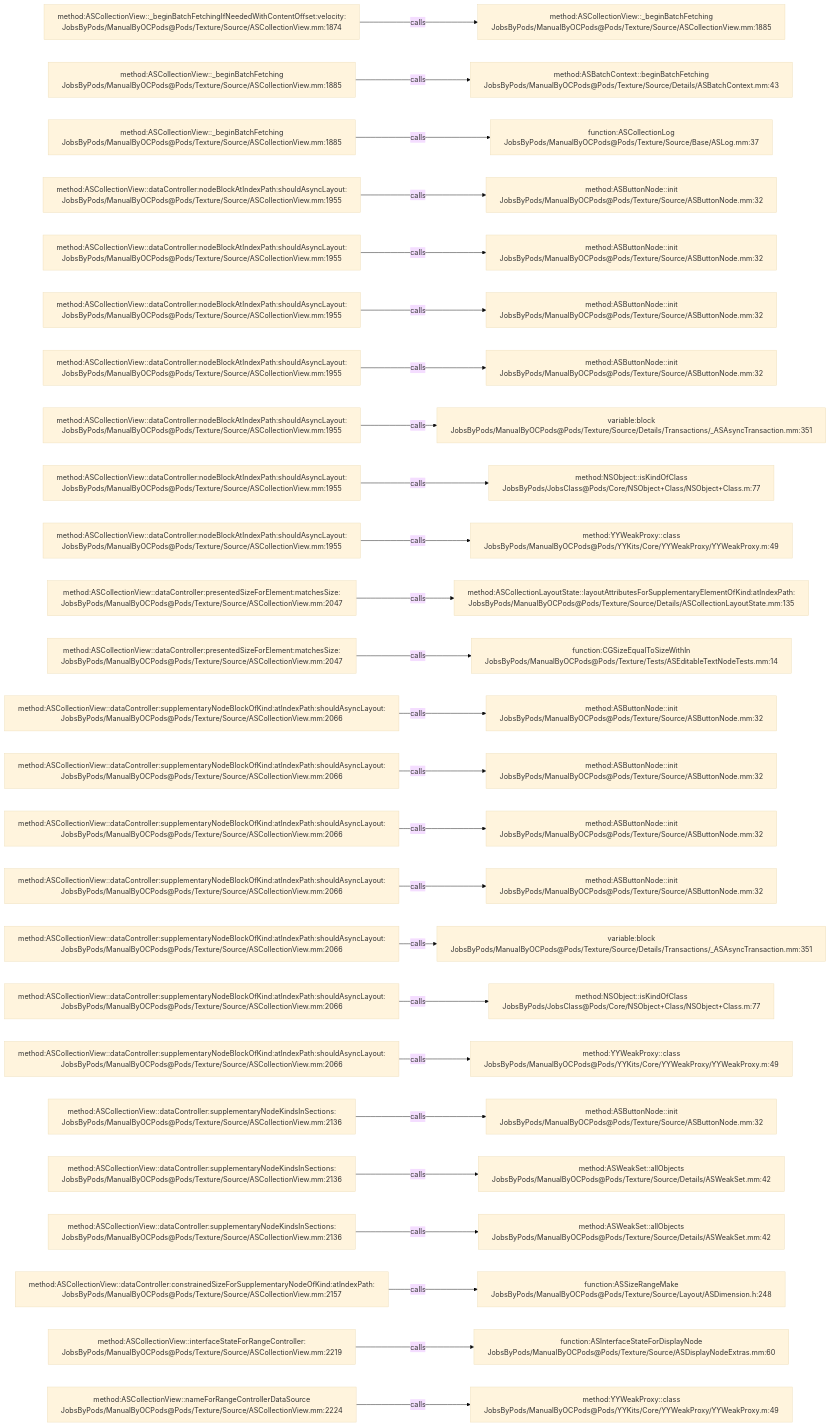
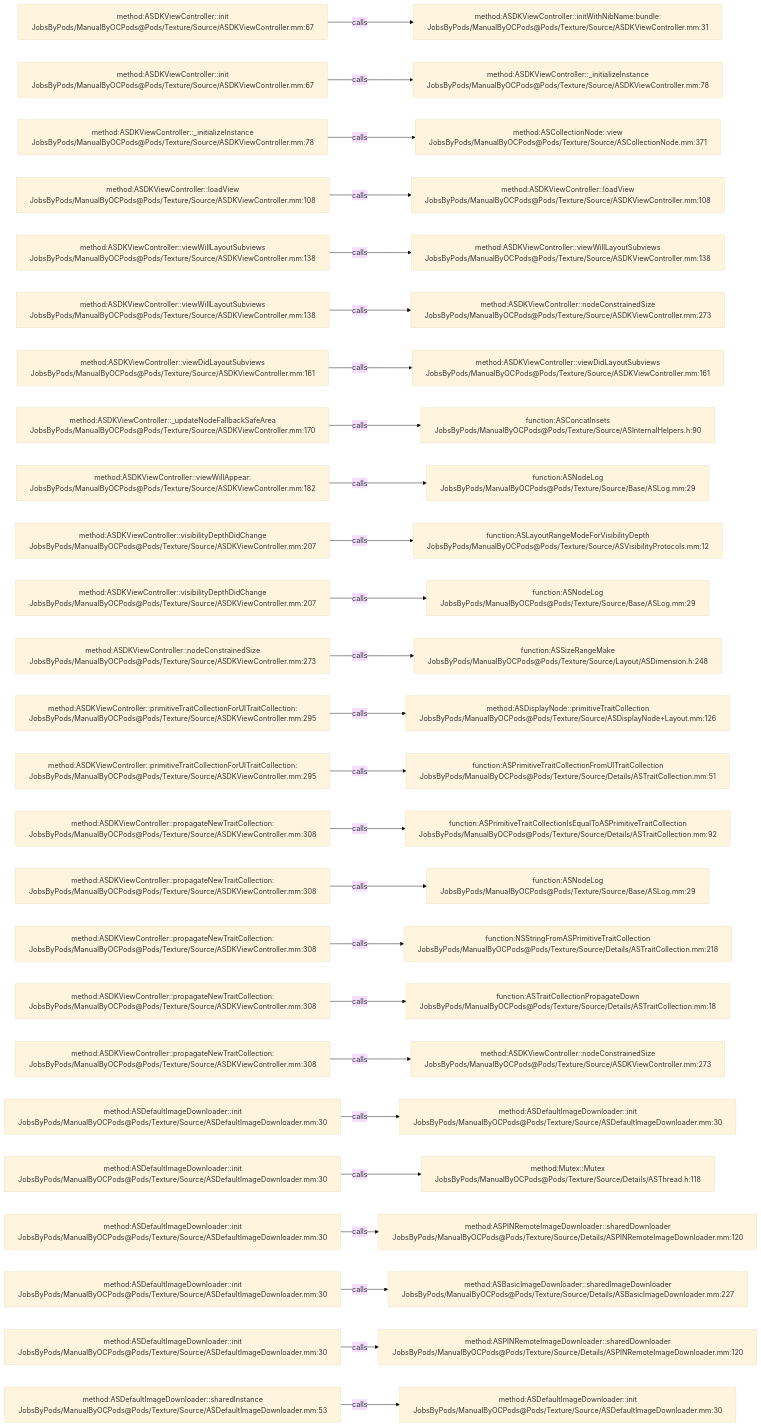
One commit to JobsKits/JobsOCBaseConfigDemo changed the diagram in .codegraph/codegraph.md/graphs/calls-081.md. Above: the diagram before and after it, drawn with Mermaid (base theme). The commit also changed 1448 other files, not shown here.

````diff
--- a/.codegraph/codegraph.md/graphs/calls-081.md
+++ b/.codegraph/codegraph.md/graphs/calls-081.md
@@ -13,78 +13,78 @@
 ```mermaid
 flowchart LR
-  S1["method:ASCollectionView::_beginBatchFetchingIfNeededWithContentOffset:velocity:<br/>JobsByPods/ManualByOCPods@Pods/Texture/Source/ASCollectionView.mm:1874"]
-  T1["method:ASCollectionView::_beginBatchFetching<br/>JobsByPods/ManualByOCPods@Pods/Texture/Source/ASCollectionView.mm:1885"]
+  S1["method:ASDKViewController::init<br/>JobsByPods/ManualByOCPods@Pods/Texture/Source/ASDKViewController.mm:67"]
+  T1["method:ASDKViewController::initWithNibName:bundle:<br/>JobsByPods/ManualByOCPods@Pods/Texture/Source/ASDKViewController.mm:31"]
   S1 -->|calls| T1
-  S2["method:ASCollectionView::_beginBatchFetching<br/>JobsByPods/ManualByOCPods@Pods/Texture/Source/ASCollectionView.mm:1885"]
-  T2["method:ASBatchContext::beginBatchFetching<br/>JobsByPods/ManualByOCPods@Pods/Texture/Source/Details/ASBatchContext.mm:43"]
+  S2["method:ASDKViewController::init<br/>JobsByPods/ManualByOCPods@Pods/Texture/Source/ASDKViewController.mm:67"]
+  T2["method:ASDKViewController::_initializeInstance<br/>JobsByPods/ManualByOCPods@Pods/Texture/Source/ASDKViewController.mm:78"]
   S2 -->|calls| T2
-  S3["method:ASCollectionView::_beginBatchFetching<br/>JobsByPods/ManualByOCPods@Pods/Texture/Source/ASCollectionView.mm:1885"]
-  T3["function:ASCollectionLog<br/>JobsByPods/ManualByOCPods@Pods/Texture/Source/Base/ASLog.mm:37"]
+  S3["method:ASDKViewController::_initializeInstance<br/>JobsByPods/ManualByOCPods@Pods/Texture/Source/ASDKViewController.mm:78"]
+  T3["method:ASCollectionNode::view<br/>JobsByPods/ManualByOCPods@Pods/Texture/Source/ASCollectionNode.mm:371"]
   S3 -->|calls| T3
-  S4["method:ASCollectionView::dataController:nodeBlockAtIndexPath:shouldAsyncLayout:<br/>JobsByPods/ManualByOCPods@Pods/Texture/Source/ASCollectionView.mm:1955"]
-  T4["method:ASButtonNode::init<br/>JobsByPods/ManualByOCPods@Pods/Texture/Source/ASButtonNode.mm:32"]
+  S4["method:ASDKViewController::loadView<br/>JobsByPods/ManualByOCPods@Pods/Texture/Source/ASDKViewController.mm:108"]
+  T4["method:ASDKViewController::loadView<br/>JobsByPods/ManualByOCPods@Pods/Texture/Source/ASDKViewController.mm:108"]
   S4 -->|calls| T4
-  S5["method:ASCollectionView::dataController:nodeBlockAtIndexPath:shouldAsyncLayout:<br/>JobsByPods/ManualByOCPods@Pods/Texture/Source/ASCollectionView.mm:1955"]
-  T5["method:ASButtonNode::init<br/>JobsByPods/ManualByOCPods@Pods/Texture/Source/ASButtonNode.mm:32"]
+  S5["method:ASDKViewController::viewWillLayoutSubviews<br/>JobsByPods/ManualByOCPods@Pods/Texture/Source/ASDKViewController.mm:138"]
+  T5["method:ASDKViewController::viewWillLayoutSubviews<br/>JobsByPods/ManualByOCPods@Pods/Texture/Source/ASDKViewController.mm:138"]
   S5 -->|calls| T5
-  S6["method:ASCollectionView::dataController:nodeBlockAtIndexPath:shouldAsyncLayout:<br/>JobsByPods/ManualByOCPods@Pods/Texture/Source/ASCollectionView.mm:1955"]
-  T6["method:ASButtonNode::init<br/>JobsByPods/ManualByOCPods@Pods/Texture/Source/ASButtonNode.mm:32"]
+  S6["method:ASDKViewController::viewWillLayoutSubviews<br/>JobsByPods/ManualByOCPods@Pods/Texture/Source/ASDKViewController.mm:138"]
+  T6["method:ASDKViewController::nodeConstrainedSize<br/>JobsByPods/ManualByOCPods@Pods/Texture/Source/ASDKViewController.mm:273"]
   S6 -->|calls| T6
-  S7["method:ASCollectionView::dataController:nodeBlockAtIndexPath:shouldAsyncLayout:<br/>JobsByPods/ManualByOCPods@Pods/Texture/Source/ASCollectionView.mm:1955"]
-  T7["method:ASButtonNode::init<br/>JobsByPods/ManualByOCPods@Pods/Texture/Source/ASButtonNode.mm:32"]
+  S7["method:ASDKViewController::viewDidLayoutSubviews<br/>JobsByPods/ManualByOCPods@Pods/Texture/Source/ASDKViewController.mm:161"]
+  T7["method:ASDKViewController::viewDidLayoutSubviews<br/>JobsByPods/ManualByOCPods@Pods/Texture/Source/ASDKViewController.mm:161"]
   S7 -->|calls| T7
-  S8["method:ASCollectionView::dataController:nodeBlockAtIndexPath:shouldAsyncLayout:<br/>JobsByPods/ManualByOCPods@Pods/Texture/Source/ASCollectionView.mm:1955"]
-  T8["variable:block<br/>JobsByPods/ManualByOCPods@Pods/Texture/Source/Details/Transactions/_ASAsyncTransaction.mm:351"]
+  S8["method:ASDKViewController::_updateNodeFallbackSafeArea<br/>JobsByPods/ManualByOCPods@Pods/Texture/Source/ASDKViewController.mm:170"]
+  T8["function:ASConcatInsets<br/>JobsByPods/ManualByOCPods@Pods/Texture/Source/ASInternalHelpers.h:90"]
   S8 -->|calls| T8
-  S9["method:ASCollectionView::dataController:nodeBlockAtIndexPath:shouldAsyncLayout:<br/>JobsByPods/ManualByOCPods@Pods/Texture/Source/ASCollectionView.mm:1955"]
-  T9["method:NSObject::isKindOfClass<br/>JobsByPods/JobsClass@Pods/Core/NSObject+Class/NSObject+Class.m:77"]
+  S9["method:ASDKViewController::viewWillAppear:<br/>JobsByPods/ManualByOCPods@Pods/Texture/Source/ASDKViewController.mm:182"]
+  T9["function:ASNodeLog<br/>JobsByPods/ManualByOCPods@Pods/Texture/Source/Base/ASLog.mm:29"]
   S9 -->|calls| T9
-  S10["method:ASCollectionView::dataController:nodeBlockAtIndexPath:shouldAsyncLayout:<br/>JobsByPods/ManualByOCPods@Pods/Texture/Source/ASCollectionView.mm:1955"]
-  T10["method:YYWeakProxy::class<br/>JobsByPods/ManualByOCPods@Pods/YYKits/Core/YYWeakProxy/YYWeakProxy.m:49"]
+  S10["method:ASDKViewController::visibilityDepthDidChange<br/>JobsByPods/ManualByOCPods@Pods/Texture/Source/ASDKViewController.mm:207"]
+  T10["function:ASLayoutRangeModeForVisibilityDepth<br/>JobsByPods/ManualByOCPods@Pods/Texture/Source/ASVisibilityProtocols.mm:12"]
   S10 -->|calls| T10
-  S11["method:ASCollectionView::dataController:presentedSizeForElement:matchesSize:<br/>JobsByPods/ManualByOCPods@Pods/Texture/Source/ASCollectionView.mm:2047"]
-  T11["method:ASCollectionLayoutState::layoutAttributesForSupplementaryElementOfKind:atIndexPath:<br/>JobsByPods/ManualByOCPods@Pods/Texture/Source/Details/ASCollectionLayoutState.mm:135"]
+  S11["method:ASDKViewController::visibilityDepthDidChange<br/>JobsByPods/ManualByOCPods@Pods/Texture/Source/ASDKViewController.mm:207"]
+  T11["function:ASNodeLog<br/>JobsByPods/ManualByOCPods@Pods/Texture/Source/Base/ASLog.mm:29"]
   S11 -->|calls| T11
-  S12["method:ASCollectionView::dataController:presentedSizeForElement:matchesSize:<br/>JobsByPods/ManualByOCPods@Pods/Texture/Source/ASCollectionView.mm:2047"]
-  T12["function:CGSizeEqualToSizeWithIn<br/>JobsByPods/ManualByOCPods@Pods/Texture/Tests/ASEditableTextNodeTests.mm:14"]
+  S12["method:ASDKViewController::nodeConstrainedSize<br/>JobsByPods/ManualByOCPods@Pods/Texture/Source/ASDKViewController.mm:273"]
+  T12["function:ASSizeRangeMake<br/>JobsByPods/ManualByOCPods@Pods/Texture/Source/Layout/ASDimension.h:248"]
   S12 -->|calls| T12
-  S13["method:ASCollectionView::dataController:supplementaryNodeBlockOfKind:atIndexPath:shouldAsyncLayout:<br/>JobsByPods/ManualByOCPods@Pods/Texture/Source/ASCollectionView.mm:2066"]
-  T13["method:ASButtonNode::init<br/>JobsByPods/ManualByOCPods@Pods/Texture/Source/ASButtonNode.mm:32"]
+  S13["method:ASDKViewController::primitiveTraitCollectionForUITraitCollection:<br/>JobsByPods/ManualByOCPods@Pods/Texture/Source/ASDKViewController.mm:295"]
+  T13["method:ASDisplayNode::primitiveTraitCollection<br/>JobsByPods/ManualByOCPods@Pods/Texture/Source/ASDisplayNode+Layout.mm:126"]
   S13 -->|calls| T13
-  S14["method:ASCollectionView::dataController:supplementaryNodeBlockOfKind:atIndexPath:shouldAsyncLayout:<br/>JobsByPods/ManualByOCPods@Pods/Texture/Source/ASCollectionView.mm:2066"]
-  T14["method:ASButtonNode::init<br/>JobsByPods/ManualByOCPods@Pods/Texture/Source/ASButtonNode.mm:32"]
+  S14["method:ASDKViewController::primitiveTraitCollectionForUITraitCollection:<br/>JobsByPods/ManualByOCPods@Pods/Texture/Source/ASDKViewController.mm:295"]
+  T14["function:ASPrimitiveTraitCollectionFromUITraitCollection<br/>JobsByPods/ManualByOCPods@Pods/Texture/Source/Details/ASTraitCollection.mm:51"]
   S14 -->|calls| T14
-  S15["method:ASCollectionView::dataController:supplementaryNodeBlockOfKind:atIndexPath:shouldAsyncLayout:<br/>JobsByPods/ManualByOCPods@Pods/Texture/Source/ASCollectionView.mm:2066"]
-  T15["method:ASButtonNode::init<br/>JobsByPods/ManualByOCPods@Pods/Texture/Source/ASButtonNode.mm:32"]
+  S15["method:ASDKViewController::propagateNewTraitCollection:<br/>JobsByPods/ManualByOCPods@Pods/Texture/Source/ASDKViewController.mm:308"]
+  T15["function:ASPrimitiveTraitCollectionIsEqualToASPrimitiveTraitCollection<br/>JobsByPods/ManualByOCPods@Pods/Texture/Source/Details/ASTraitCollection.mm:92"]
   S15 -->|calls| T15
-  S16["method:ASCollectionView::dataController:supplementaryNodeBlockOfKind:atIndexPath:shouldAsyncLayout:<br/>JobsByPods/ManualByOCPods@Pods/Texture/Source/ASCollectionView.mm:2066"]
-  T16["method:ASButtonNode::init<br/>JobsByPods/ManualByOCPods@Pods/Texture/Source/ASButtonNode.mm:32"]
+  S16["method:ASDKViewController::propagateNewTraitCollection:<br/>JobsByPods/ManualByOCPods@Pods/Texture/Source/ASDKViewController.mm:308"]
+  T16["function:ASNodeLog<br/>JobsByPods/ManualByOCPods@Pods/Texture/Source/Base/ASLog.mm:29"]
   S16 -->|calls| T16
-  S17["method:ASCollectionView::dataController:supplementaryNodeBlockOfKind:atIndexPath:shouldAsyncLayout:<br/>JobsByPods/ManualByOCPods@Pods/Texture/Source/ASCollectionView.mm:2066"]
-  T17["variable:block<br/>JobsByPods/ManualByOCPods@Pods/Texture/Source/Details/Transactions/_ASAsyncTransaction.mm:351"]
+  S17["method:ASDKViewController::propagateNewTraitCollection:<br/>JobsByPods/ManualByOCPods@Pods/Texture/Source/ASDKViewController.mm:308"]
+  T17["function:NSStringFromASPrimitiveTraitCollection<br/>JobsByPods/ManualByOCPods@Pods/Texture/Source/Details/ASTraitCollection.mm:218"]
   S17 -->|calls| T17
-  S18["method:ASCollectionView::dataController:supplementaryNodeBlockOfKind:atIndexPath:shouldAsyncLayout:<br/>JobsByPods/ManualByOCPods@Pods/Texture/Source/ASCollectionView.mm:2066"]
-  T18["method:NSObject::isKindOfClass<br/>JobsByPods/JobsClass@Pods/Core/NSObject+Class/NSObject+Class.m:77"]
+  S18["method:ASDKViewController::propagateNewTraitCollection:<br/>JobsByPods/ManualByOCPods@Pods/Texture/Source/ASDKViewController.mm:308"]
+  T18["function:ASTraitCollectionPropagateDown<br/>JobsByPods/ManualByOCPods@Pods/Texture/Source/Details/ASTraitCollection.mm:18"]
   S18 -->|calls| T18
-  S19["method:ASCollectionView::dataController:supplementaryNodeBlockOfKind:atIndexPath:shouldAsyncLayout:<br/>JobsByPods/ManualByOCPods@Pods/Texture/Source/ASCollectionView.mm:2066"]
-  T19["method:YYWeakProxy::class<br/>JobsByPods/ManualByOCPods@Pods/YYKits/Core/YYWeakProxy/YYWeakProxy.m:49"]
+  S19["method:ASDKViewController::propagateNewTraitCollection:<br/>JobsByPods/ManualByOCPods@Pods/Texture/Source/ASDKViewController.mm:308"]
+  T19["method:ASDKViewController::nodeConstrainedSize<br/>JobsByPods/ManualByOCPods@Pods/Texture/Source/ASDKViewController.mm:273"]
   S19 -->|calls| T19
-  S20["method:ASCollectionView::dataController:supplementaryNodeKindsInSections:<br/>JobsByPods/ManualByOCPods@Pods/Texture/Source/ASCollectionView.mm:2136"]
-  T20["method:ASButtonNode::init<br/>JobsByPods/ManualByOCPods@Pods/Texture/Source/ASButtonNode.mm:32"]
+  S20["method:ASDefaultImageDownloader::init<br/>JobsByPods/ManualByOCPods@Pods/Texture/Source/ASDefaultImageDownloader.mm:30"]
+  T20["method:ASDefaultImageDownloader::init<br/>JobsByPods/ManualByOCPods@Pods/Texture/Source/ASDefaultImageDownloader.mm:30"]
   S20 -->|calls| T20
-  S21["method:ASCollectionView::dataController:supplementaryNodeKindsInSections:<br/>JobsByPods/ManualByOCPods@Pods/Texture/Source/ASCollectionView.mm:2136"]
-  T21["method:ASWeakSet::allObjects<br/>JobsByPods/ManualByOCPods@Pods/Texture/Source/Details/ASWeakSet.mm:42"]
+  S21["method:ASDefaultImageDownloader::init<br/>JobsByPods/ManualByOCPods@Pods/Texture/Source/ASDefaultImageDownloader.mm:30"]
+  T21["method:Mutex::Mutex<br/>JobsByPods/ManualByOCPods@Pods/Texture/Source/Details/ASThread.h:118"]
   S21 -->|calls| T21
-  S22["method:ASCollectionView::dataController:supplementaryNodeKindsInSections:<br/>JobsByPods/ManualByOCPods@Pods/Texture/Source/ASCollectionView.mm:2136"]
-  T22["method:ASWeakSet::allObjects<br/>JobsByPods/ManualByOCPods@Pods/Texture/Source/Details/ASWeakSet.mm:42"]
+  S22["method:ASDefaultImageDownloader::init<br/>JobsByPods/ManualByOCPods@Pods/Texture/Source/ASDefaultImageDownloader.mm:30"]
+  T22["method:ASPINRemoteImageDownloader::sharedDownloader<br/>JobsByPods/ManualByOCPods@Pods/Texture/Source/Details/ASPINRemoteImageDownloader.mm:120"]
   S22 -->|calls| T22
-  S23["method:ASCollectionView::dataController:constrainedSizeForSupplementaryNodeOfKind:atIndexPath:<br/>JobsByPods/ManualByOCPods@Pods/Texture/Source/ASCollectionView.mm:2157"]
-  T23["function:ASSizeRangeMake<br/>JobsByPods/ManualByOCPods@Pods/Texture/Source/Layout/ASDimension.h:248"]
+  S23["method:ASDefaultImageDownloader::init<br/>JobsByPods/ManualByOCPods@Pods/Texture/Source/ASDefaultImageDownloader.mm:30"]
+  T23["method:ASBasicImageDownloader::sharedImageDownloader<br/>JobsByPods/ManualByOCPods@Pods/Texture/Source/Details/ASBasicImageDownloader.mm:227"]
   S23 -->|calls| T23
-  S24["method:ASCollectionView::interfaceStateForRangeController:<br/>JobsByPods/ManualByOCPods@Pods/Texture/Source/ASCollectionView.mm:2219"]
-  T24["function:ASInterfaceStateForDisplayNode<br/>JobsByPods/ManualByOCPods@Pods/Texture/Source/ASDisplayNodeExtras.mm:60"]
+  S24["method:ASDefaultImageDownloader::init<br/>JobsByPods/ManualByOCPods@Pods/Texture/Source/ASDefaultImageDownloader.mm:30"]
+  T24["method:ASPINRemoteImageDownloader::sharedDownloader<br/>JobsByPods/ManualByOCPods@Pods/Texture/Source/Details/ASPINRemoteImageDownloader.mm:120"]
   S24 -->|calls| T24
-  S25["method:ASCollectionView::nameForRangeControllerDataSource<br/>JobsByPods/ManualByOCPods@Pods/Texture/Source/ASCollectionView.mm:2224"]
-  T25["method:YYWeakProxy::class<br/>JobsByPods/ManualByOCPods@Pods/YYKits/Core/YYWeakProxy/YYWeakProxy.m:49"]
+  S25["method:ASDefaultImageDownloader::sharedInstance<br/>JobsByPods/ManualByOCPods@Pods/Texture/Source/ASDefaultImageDownloader.mm:53"]
+  T25["method:ASDefaultImageDownloader::init<br/>JobsByPods/ManualByOCPods@Pods/Texture/Source/ASDefaultImageDownloader.mm:30"]
   S25 -->|calls| T25
 ```
````
